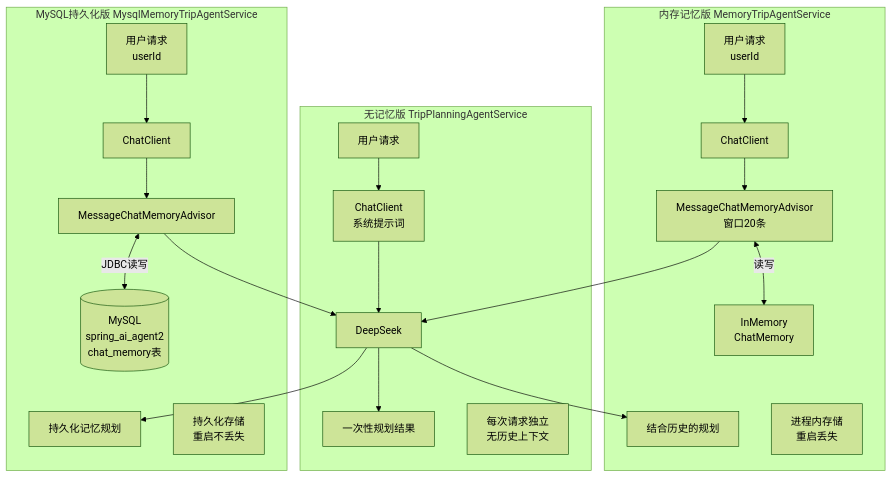
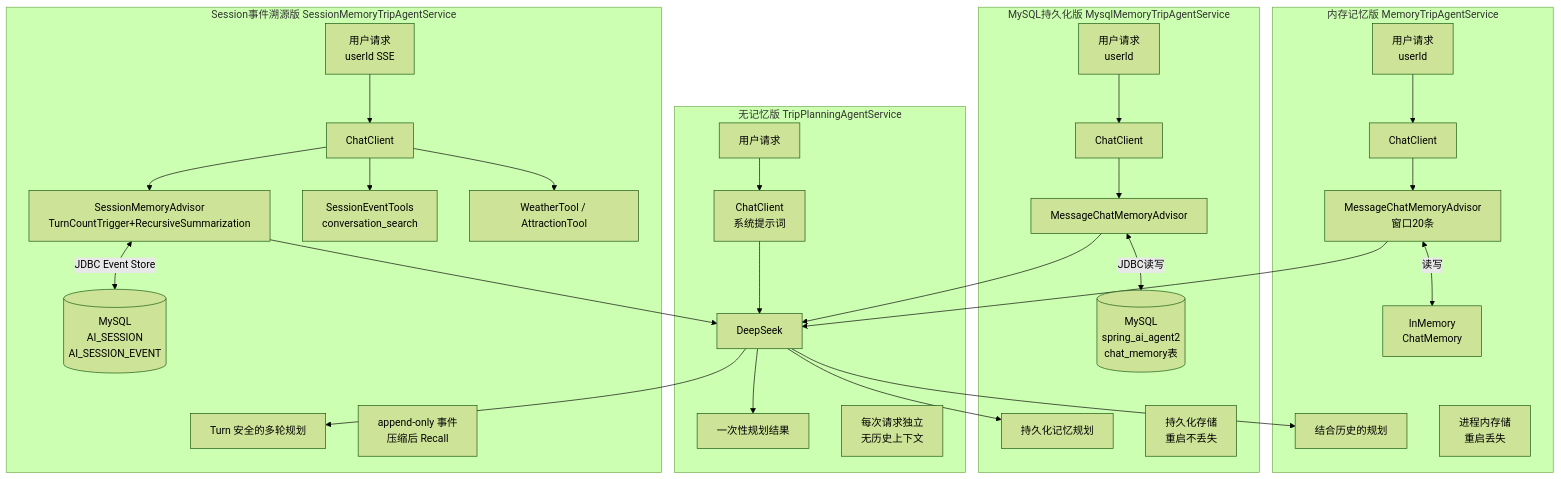
The ninth of 17 diagrams in demo2/README.md (jasonsoso/spring-ai-demo), drawn with Mermaid (forest theme) before and after one commit. The commit also changed other lines of this file and 13 other files, not shown here.

First line of the commit message:
feat(demo2): add Session event-sourced short-term memory demo

````diff
--- a/demo2/README.md
+++ b/demo2/README.md
@@ -1137,27 +1190,38 @@
 ```mermaid
 flowchart TB
     subgraph 无记忆版 TripPlanningAgentService
         U1[用户请求] --> CC1[ChatClient\n系统提示词]
         CC1 --> DS4[DeepSeek]
         DS4 --> R3[一次性规划结果]
         note1[每次请求独立\n无历史上下文]
     end
 
     subgraph 内存记忆版 MemoryTripAgentService
         U2[用户请求\nuserId] --> CC2[ChatClient]
         CC2 --> MAD[MessageChatMemoryAdvisor\n窗口20条]
         MAD <-->|读写| MEM2[InMemory\nChatMemory]
         MAD --> DS4
         DS4 --> R4[结合历史的规划]
         note2[进程内存储\n重启丢失]
     end
 
     subgraph MySQL持久化版 MysqlMemoryTripAgentService
         U3[用户请求\nuserId] --> CC3[ChatClient]
         CC3 --> MAD2[MessageChatMemoryAdvisor]
         MAD2 <-->|JDBC读写| DB2[(MySQL\nspring_ai_agent2\nchat_memory表)]
         MAD2 --> DS4
         DS4 --> R5[持久化记忆规划]
         note3[持久化存储\n重启不丢失]
     end
+
+    subgraph Session事件溯源版 SessionMemoryTripAgentService
+        U4[用户请求\nuserId SSE] --> CC4[ChatClient]
+        CC4 --> SMA[SessionMemoryAdvisor\nTurnCountTrigger+RecursiveSummarization]
+        SMA <-->|JDBC Event Store| DB3[(MySQL\nAI_SESSION\nAI_SESSION_EVENT)]
+        CC4 --> SET[SessionEventTools\nconversation_search]
+        CC4 --> WT[WeatherTool / AttractionTool]
+        SMA --> DS4
+        DS4 --> R6[Turn 安全的多轮规划]
+        note4[append-only 事件\n压缩后 Recall]
+    end
 ```
````
